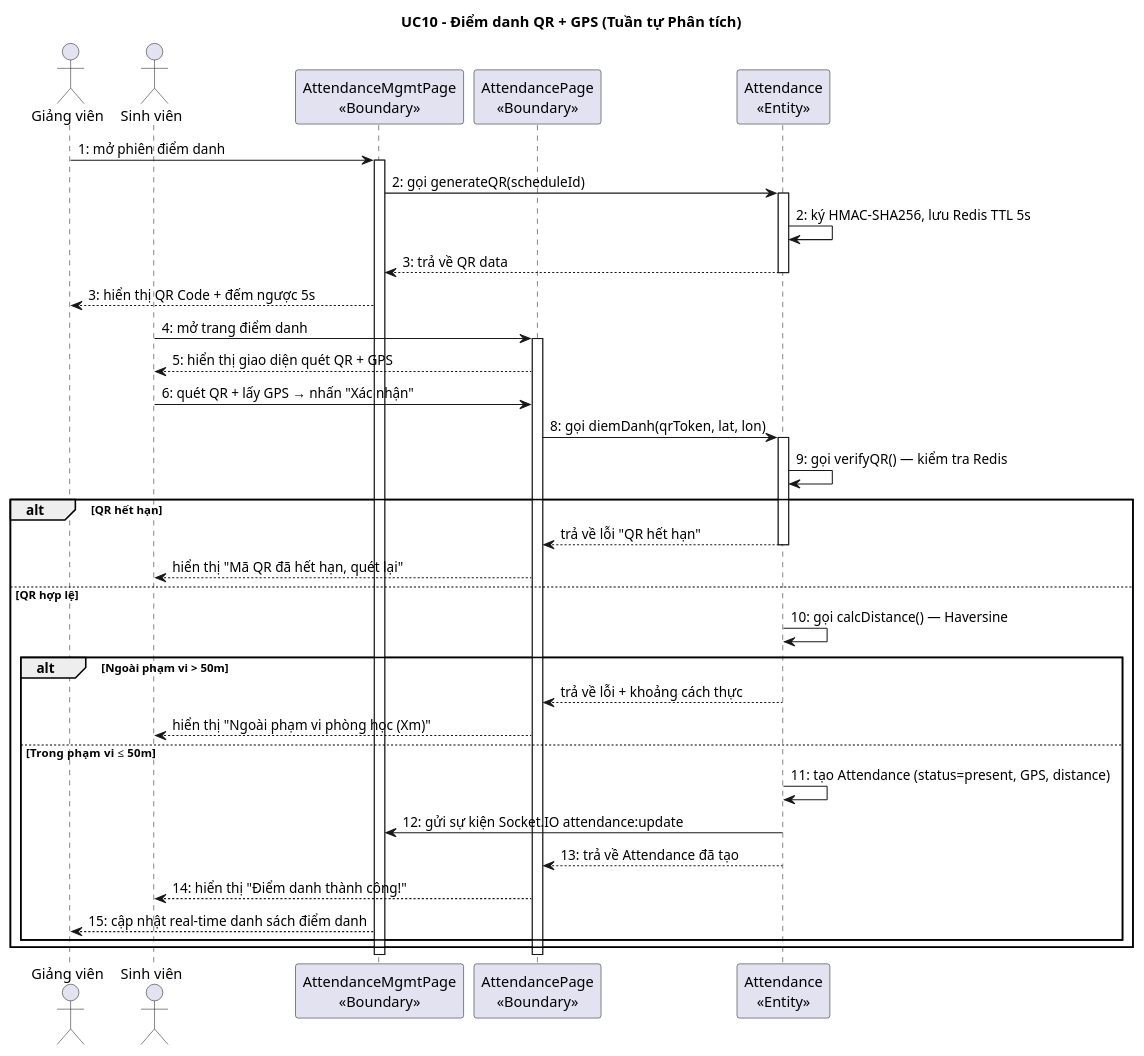
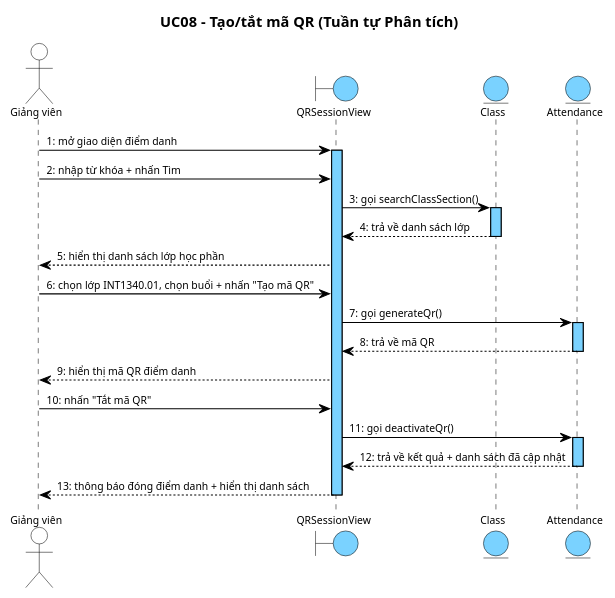
The tenth of 20 diagrams in report/md/module3_attendance_grades.md (thanhtrnnn/universe), drawn with PlantUML before and after one commit. The commit also changed other lines of this file and 4 other files, not shown here.

````diff
--- a/report/md/module3_attendance_grades.md
+++ b/report/md/module3_attendance_grades.md
@@ -395,51 +478,50 @@
 ```plantuml
 @startuml
-title UC10 – Điểm danh QR + GPS (Tuần tự Phân tích)
+skinparam shadowing false
+skinparam SequenceMessageAlign left
+skinparam SequenceLifeLineBackgroundColor #7AD2FF
+skinparam SequenceLifeLineBorderColor #000000
+<style>
+sequenceDiagram {
+  Shadowing 0
+  RoundCorner 0
+  FontName "Arial"
+  FontSize 10
+  FontColor #000000
+  boundary { BackgroundColor #7AD2FF; LineColor #000000 }
+  entity { BackgroundColor #7AD2FF; LineColor #000000 }
+  actor { BackgroundColor transparent; LineColor #000000 }
+  lifeline { LineColor #000000; LineStyle 5-5 }
+  arrow { LineColor #000000; LineThickness 1; FontSize 10 }
+}
+</style>
+title UC08 – Tạo/tắt mã QR (Tuần tự Phân tích)
 
 actor "Giảng viên" as GV
-actor "Sinh viên" as SV
-participant "AttendanceMgmtPage\n<<Boundary>>" as B_GV
-participant "AttendancePage\n<<Boundary>>" as B_SV
-participant "Attendance\n<<Entity>>" as E
+boundary QRSessionView
+entity Class
+entity Attendance
 
-GV -> B_GV : 1: mở phiên điểm danh
-activate B_GV
-B_GV -> E : 2: gọi generateQR(scheduleId)
-activate E
-E -> E : 2: ký HMAC-SHA256, lưu Redis TTL 5s
-E --> B_GV : 3: trả về QR data
-deactivate E
-B_GV --> GV : 3: hiển thị QR Code + đếm ngược 5s
-
-SV -> B_SV : 4: mở trang điểm danh
-activate B_SV
-B_SV --> SV : 5: hiển thị giao diện quét QR + GPS
-
-SV -> B_SV : 6: quét QR + lấy GPS → nhấn "Xác nhận"
-B_SV -> E : 8: gọi diemDanh(qrToken, lat, lon)
-activate E
-E -> E : 9: gọi verifyQR() — kiểm tra Redis
-
-alt QR hết hạn
-  E --> B_SV : trả về lỗi "QR hết hạn"
-  deactivate E
-  B_SV --> SV : hiển thị "Mã QR đã hết hạn, quét lại"
-else QR hợp lệ
-  E -> E : 10: gọi calcDistance() — Haversine
-  alt Ngoài phạm vi > 50m
-    E --> B_SV : trả về lỗi + khoảng cách thực
-    deactivate E
-    B_SV --> SV : hiển thị "Ngoài phạm vi phòng học (Xm)"
-  else Trong phạm vi ≤ 50m
-    E -> E : 11: tạo Attendance (status=present, GPS, distance)
-    E -> B_GV : 12: gửi sự kiện Socket.IO attendance:update
-    E --> B_SV : 13: trả về Attendance đã tạo
-    deactivate E
-    B_SV --> SV : 14: hiển thị "Điểm danh thành công!"
-    B_GV --> GV : 15: cập nhật real-time danh sách điểm danh
-  end
-end
-deactivate B_SV
-deactivate B_GV
+GV -> QRSessionView : 1: mở giao diện điểm danh
+activate QRSessionView
+GV -> QRSessionView : 2: nhập từ khóa + nhấn Tìm
+QRSessionView -> Class : 3: gọi searchClassSection()
+activate Class
+Class --> QRSessionView : 4: trả về danh sách lớp
+deactivate Class
+QRSessionView --> GV : 5: hiển thị danh sách lớp học phần
+GV -> QRSessionView : 6: chọn lớp INT1340.01, chọn buổi + nhấn "Tạo mã QR"
+QRSessionView -> Attendance : 7: gọi generateQr()
+activate Attendance
+Attendance --> QRSessionView : 8: trả về mã QR
+deactivate Attendance
+QRSessionView --> GV : 9: hiển thị mã QR điểm danh
+GV -> QRSessionView : 10: nhấn "Tắt mã QR"
+QRSessionView -> Attendance : 11: gọi deactivateQr()
+activate Attendance
+Attendance --> QRSessionView : 12: trả về kết quả + danh sách đã cập nhật
+deactivate Attendance
+QRSessionView --> GV : 13: thông báo đóng điểm danh + hiển thị danh sách
+deactivate QRSessionView
 @enduml
 ```
````
